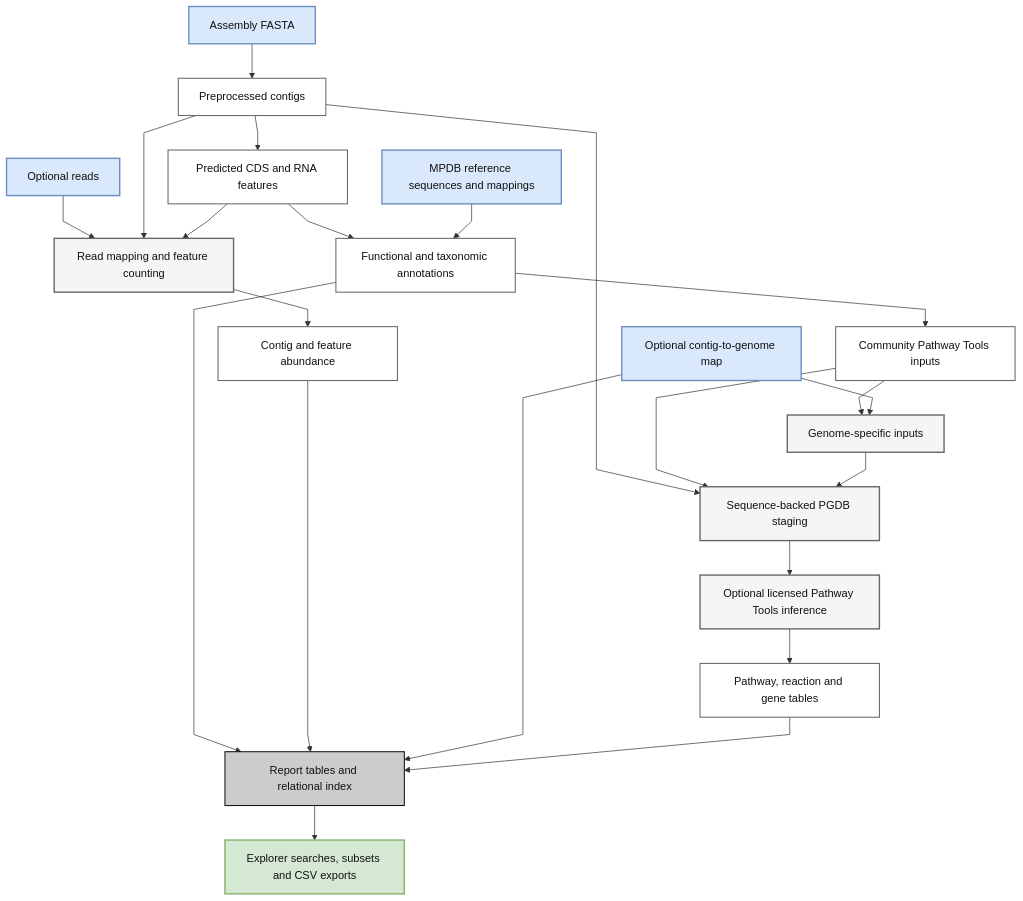
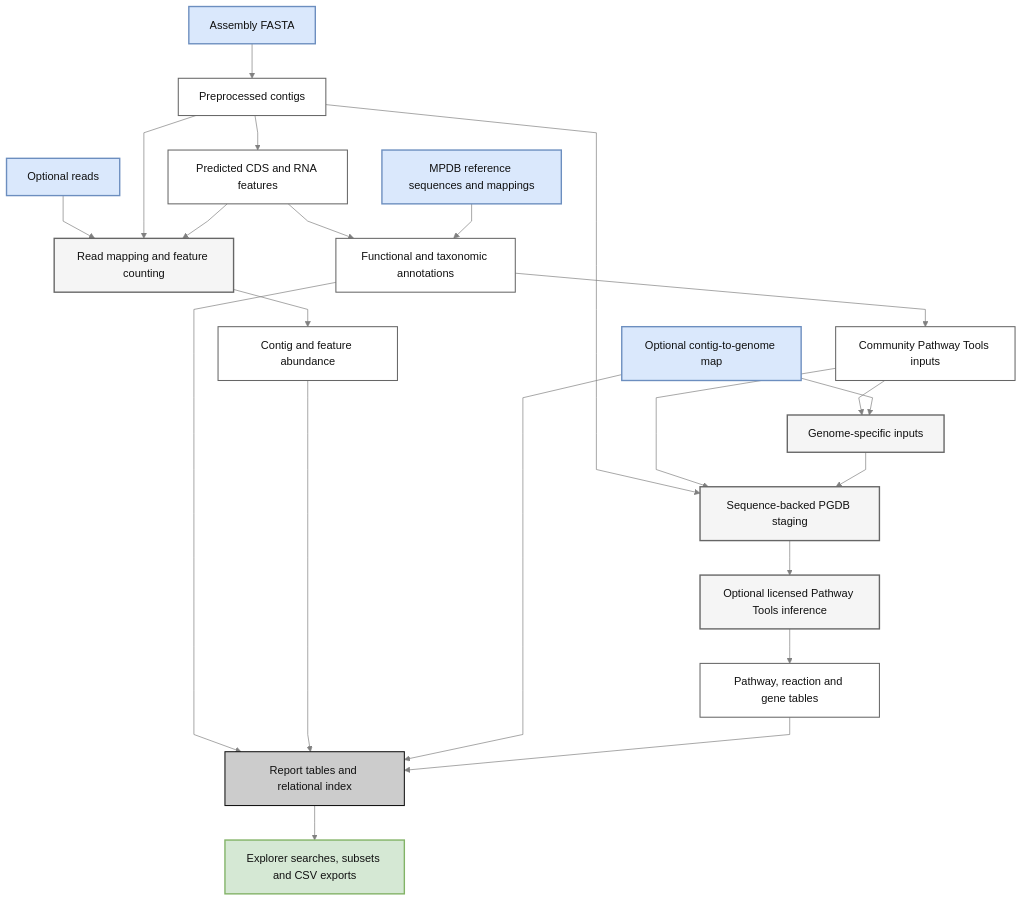
The diagram in docs/data-flow.md (hallamlab/MetaPathways), drawn with Mermaid before and after one commit. The commit also changed 4 other files, not shown here.

Commit message:
Fix Mermaid connector contrast for dark GitHub backgrounds

````diff
--- a/docs/data-flow.md
+++ b/docs/data-flow.md
@@ -7,35 +7,35 @@
 ```mermaid
-%%{init: {"theme":"base","fontFamily":"Times New Roman, Times, serif","themeVariables":{"fontFamily":"Times New Roman, Times, serif","fontSize":"16px","primaryColor":"#CCCCCC","primaryTextColor":"#111111","primaryBorderColor":"#666666","secondaryColor":"#DAE8FC","tertiaryColor":"#F5F5F5","lineColor":"#333333","edgeLabelBackground":"#FFFFFF","background":"#FFFFFF"},"flowchart":{"htmlLabels":false,"curve":"linear"}}}%%
+%%{init: {"theme":"base","fontFamily":"Times New Roman, Times, serif","themeVariables":{"fontFamily":"Times New Roman, Times, serif","fontSize":"16px","primaryColor":"#CCCCCC","primaryTextColor":"#111111","primaryBorderColor":"#666666","secondaryColor":"#DAE8FC","tertiaryColor":"#F5F5F5","lineColor":"#808080","edgeLabelBackground":"#FFFFFF","background":"#FFFFFF","defaultLinkColor":"#808080","textColor":"#111111"},"flowchart":{"htmlLabels":false,"curve":"linear"}}}%%
 flowchart TB
     A[Assembly FASTA] --> QC[Preprocessed contigs]
     QC --> F[Predicted CDS and RNA features]
     F --> AN[Functional and taxonomic annotations]
     DB[MPDB reference sequences and mappings] --> AN
     READS[Optional reads] --> MAP[Read mapping and feature counting]
     QC --> MAP
     F --> MAP
     MAP --> AB[Contig and feature abundance]
     AN --> PI[Community Pathway Tools inputs]
     PI --> SPLIT[Genome-specific inputs]
     GM[Optional contig-to-genome map] --> SPLIT
     QC --> SEQ[Sequence-backed PGDB staging]
     PI --> SEQ
     SPLIT --> SEQ
     SEQ --> PT[Optional licensed Pathway Tools inference]
     PT --> PW[Pathway, reaction and gene tables]
     AN --> REPORT[Report tables and relational index]
     AB --> REPORT
     GM --> REPORT
     PW --> REPORT
     REPORT --> PORTAL[Explorer searches, subsets and CSV exports]
     classDef module fill:#CCCCCC,stroke:#111111,stroke-width:1.5px,color:#111111;
     classDef compute fill:#F5F5F5,stroke:#666666,stroke-width:2px,color:#111111;
     classDef input fill:#DAE8FC,stroke:#6C8EBF,stroke-width:2px,color:#111111;
     classDef output fill:#D5E8D4,stroke:#82B366,stroke-width:2px,color:#111111;
     classDef data fill:#FFFFFF,stroke:#666666,stroke-width:1.5px,color:#111111;
     class A,DB,READS,GM input;
     class QC,F,AN,PI,AB,PW data;
     class MAP,SPLIT,SEQ,PT compute;
     class REPORT module;
     class PORTAL output;
 ```
````
